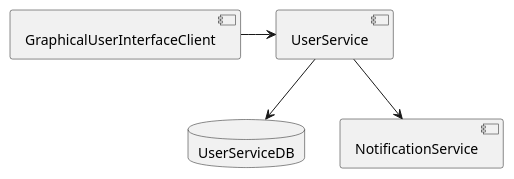
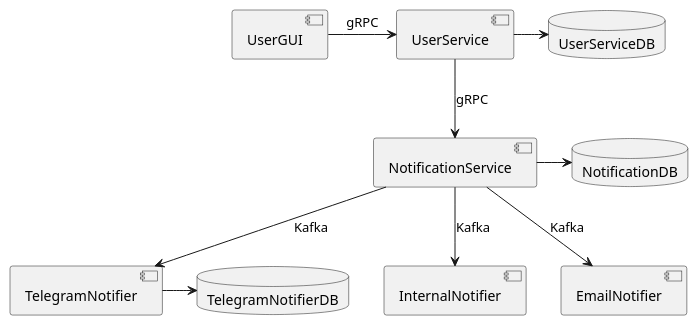
The diagram in diagram/component.puml (zavgoil/LRM), drawn with PlantUML before and after one commit.

Commit message:
Обновил uml диаграмму

```diff
--- a/diagram/component.puml
+++ b/diagram/component.puml
@@ -1,12 +1,29 @@
 @startuml Component
+
+component UserGUI as user_gui
 
 component UserService as user_service
 database UserServiceDB as user_service_db
+
 component NotificationService as notif_service
-component GraphicalUserInterfaceClient as gui_client
+database NotificationDB as notification_db
 
-gui_client -> user_service
-user_service --> notif_service
-user_service --> user_service_db
+component TelegramNotifier as tg_notif
+database TelegramNotifierDB as tg_notif_db
+
+component InternalNotifier as internal_notif
+
+component EmailNotifier as email_notif
+
+user_gui -> user_service : gRPC
+user_service -> user_service_db
+user_service --> notif_service : gRPC
+
+notif_service -> notification_db
+notif_service --> tg_notif : Kafka
+notif_service --> internal_notif : Kafka
+notif_service --> email_notif : Kafka
+
+tg_notif -> tg_notif_db
 
 @enduml
```
